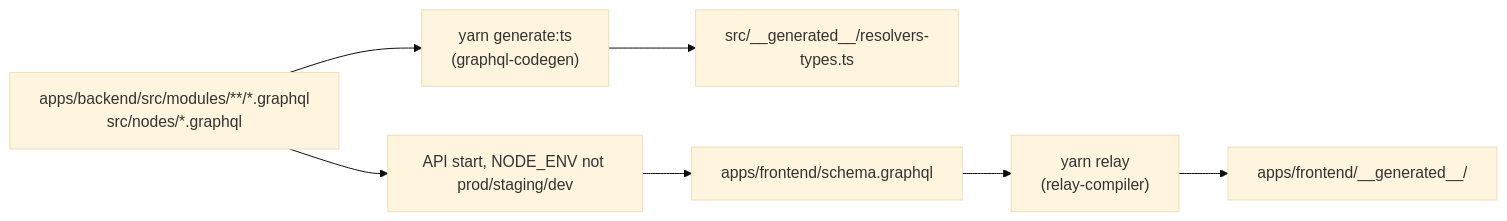
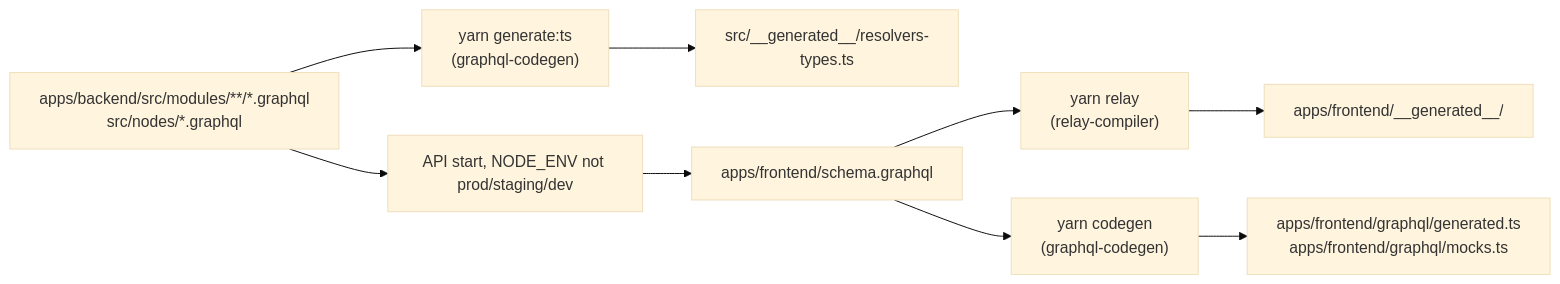
The diagram in .claude/rules/graphql.md (XTM-Hub/xtm-hub), drawn with Mermaid (base theme) before and after one commit. The commit also changed other lines of this file and 3 other files, not shown here.

Commit message:
docs: add yarn codegen to the GraphQL rule (#3636)

````diff
--- a/.claude/rules/graphql.md
+++ b/.claude/rules/graphql.md
@@ -15,9 +15,11 @@
 ```mermaid
 flowchart LR
     A["apps/backend/src/modules/**/*.graphql<br/>src/nodes/*.graphql"] --> B["yarn generate:ts<br/>(graphql-codegen)"]
     B --> C["src/__generated__/resolvers-types.ts"]
     A --> D["API start, NODE_ENV not prod/staging/dev"]
     D --> E["apps/frontend/schema.graphql"]
     E --> F["yarn relay<br/>(relay-compiler)"]
     F --> G["apps/frontend/__generated__/"]
+    E --> H["yarn codegen<br/>(graphql-codegen)"]
+    H --> I["apps/frontend/graphql/generated.ts<br/>apps/frontend/graphql/mocks.ts"]
 ```
````
